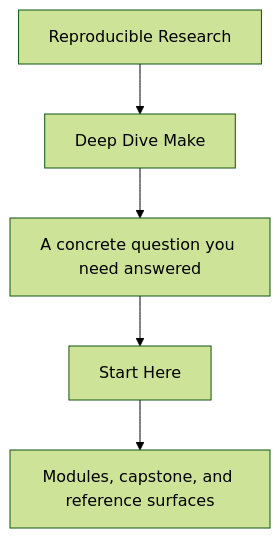
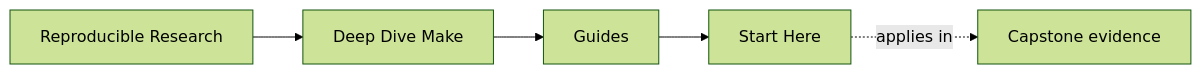
The first of 2 diagrams in programs/reproducible-research/deep-dive-make/course-book/guides/start-here.md (bijux/bijux-masterclass), drawn with Mermaid (forest theme) before and after one commit. The commit also changed other lines of this file and 146 other files, not shown here.

Commit message:
docs(deep-dive-make): map build truth and release review surfaces

````diff
--- a/programs/reproducible-research/deep-dive-make/course-book/guides/start-here.md
+++ b/programs/reproducible-research/deep-dive-make/course-book/guides/start-here.md
@@ -6,7 +6,11 @@
 ```mermaid
-flowchart TD
-  family["Reproducible Research"] --> program["Deep Dive Make"]
-  program --> pressure["A concrete question you need answered"]
-  pressure --> guide["Start Here"]
-  guide --> next["Modules, capstone, and reference surfaces"]
+graph LR
+  family["Reproducible Research"]
+  program["Deep Dive Make"]
+  section["Guides"]
+  page["Start Here"]
+  capstone["Capstone evidence"]
+
+  family --> program --> section --> page
+  page -.applies in.-> capstone
 ```
````
